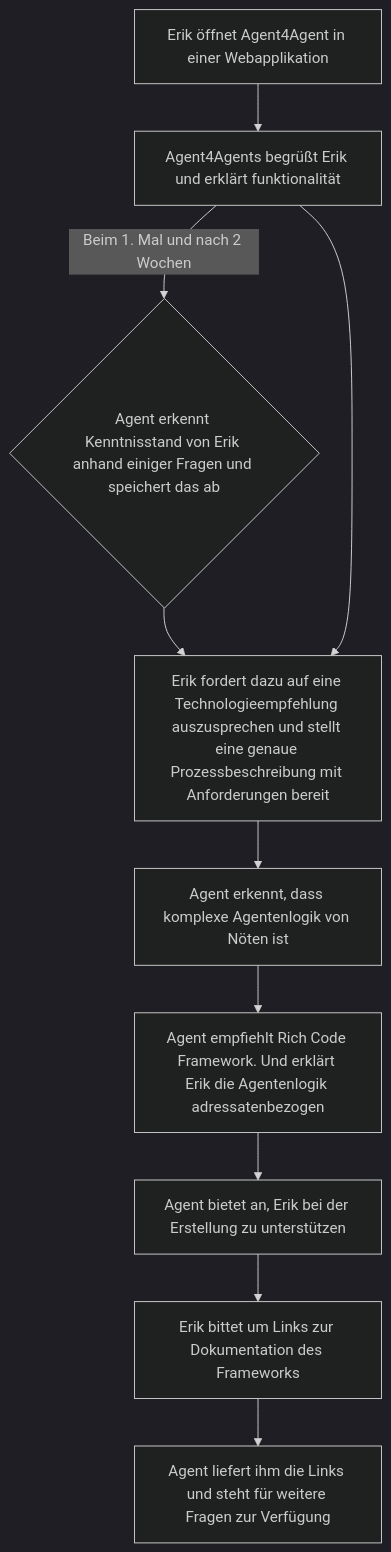
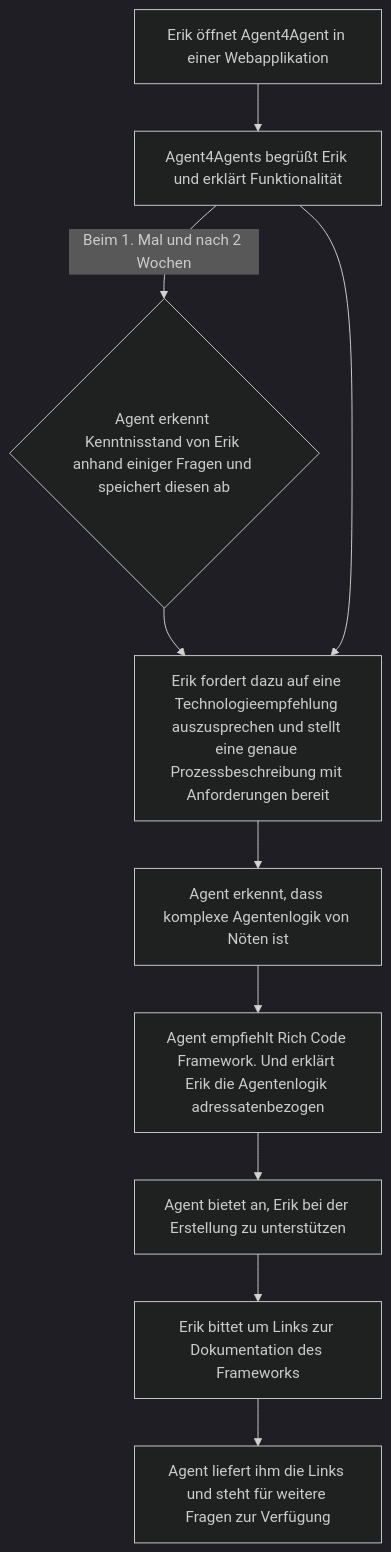
Before and after one commit to agentic-ai-ws2526-group-c/agent4agents-documentation: the fourth of 4 diagrams in Ideation/User Personas and UseCases.md, drawn with Mermaid (dark theme). The commit also changed other lines of this file, not shown here.

````diff
--- a/Ideation/User Personas and UseCases.md
+++ b/Ideation/User Personas and UseCases.md
@@ -115,12 +115,12 @@
 ```mermaid
 graph TD
-    A[Erik öffnet Agent4Agent in einer Webapplikation] --> B[Agent4Agents begrüßt Erik und erklärt funktionalität];
-    B -- "Beim 1. Mal und nach 2 Wochen" --> C{Agent erkennt Kenntnisstand von Erik anhand einiger Fragen und speichert das ab};
+    A[Erik öffnet Agent4Agent in einer Webapplikation] --> B[Agent4Agents begrüßt Erik und erklärt Funktionalität];
+    B -- "Beim 1. Mal und nach 2 Wochen" --> C{Agent erkennt Kenntnisstand von Erik anhand einiger Fragen und speichert diesen ab};
     C --> D[Erik fordert dazu auf eine Technologieempfehlung auszusprechen und stellt eine genaue Prozessbeschreibung mit Anforderungen bereit];
     B --> D;
     D --> E[Agent erkennt, dass komplexe Agentenlogik von Nöten ist];
     E --> F[Agent empfiehlt Rich Code Framework. Und erklärt Erik die Agentenlogik adressatenbezogen];
     F --> G[Agent bietet an, Erik bei der Erstellung zu unterstützen];
     G --> H[Erik bittet um Links zur Dokumentation des Frameworks];
     H --> I[Agent liefert ihm die Links und steht für weitere Fragen zur Verfügung];
 ```
````
